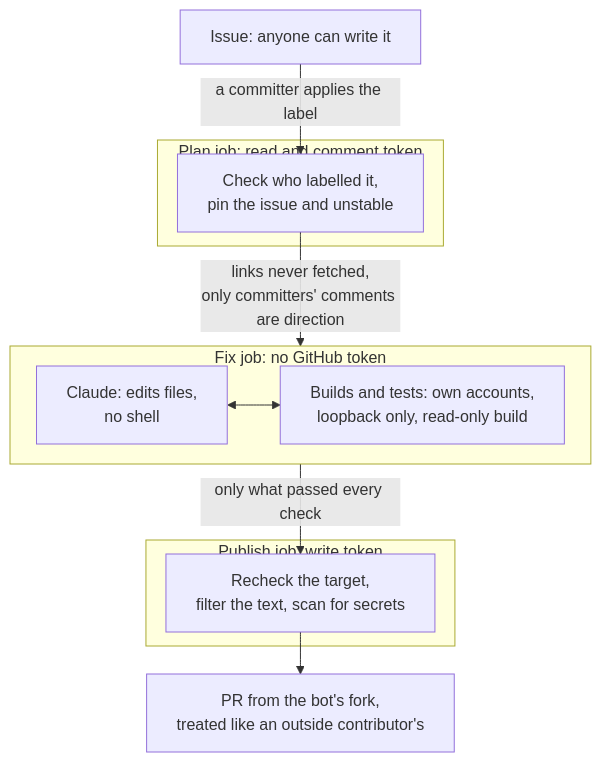
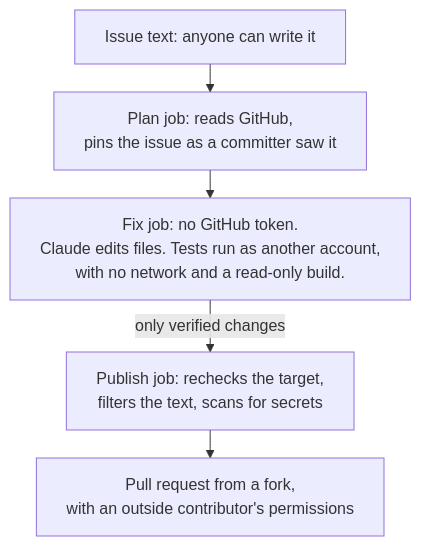
Before and after one commit to sarthakaggarwal97/valkey-ci-agent: the fourth of 4 diagrams in docs/design/software-factory.md, drawn with Mermaid. The commit also changed other lines of this file, not shown here.

````diff
--- a/docs/design/software-factory.md
+++ b/docs/design/software-factory.md
@@ -243,18 +226,8 @@
 ```mermaid
 %%{init: {"flowchart": {"nodeSpacing": 20, "rankSpacing": 28, "wrappingWidth": 360}}}%%
 flowchart TD
-    I["Issue: anyone can write it"] -->|"a committer applies the label"| P
-    subgraph Plan["Plan job: read and comment token"]
-        P["Check who labelled it,<br/>pin the issue and unstable"]
-    end
-    subgraph Fix["Fix job: no GitHub token"]
-        direction LR
-        C["Claude: edits files,<br/>no shell"] <--> T["Builds and tests: own accounts,<br/>loopback only, read-only build"]
-    end
-    subgraph Publish["Publish job: write token"]
-        U["Recheck the target,<br/>filter the text, scan for secrets"]
-    end
-    P -->|"links never fetched,<br/>only committers' comments are direction"| C
-    T -->|"only what passed every check"| U
-    U --> O["PR from the bot's fork,<br/>treated like an outside contributor's"]
+    I["Issue text: anyone can write it"] --> P["Plan job: reads GitHub,<br/>pins the issue as a committer saw it"]
+    P --> F["Fix job: no GitHub token.<br/>Claude edits files. Tests run as another account,<br/>with no network and a read-only build."]
+    F -->|"only verified changes"| U["Publish job: rechecks the target,<br/>filters the text, scans for secrets"]
+    U --> O["Pull request from a fork,<br/>with an outside contributor's permissions"]
 ```
````
